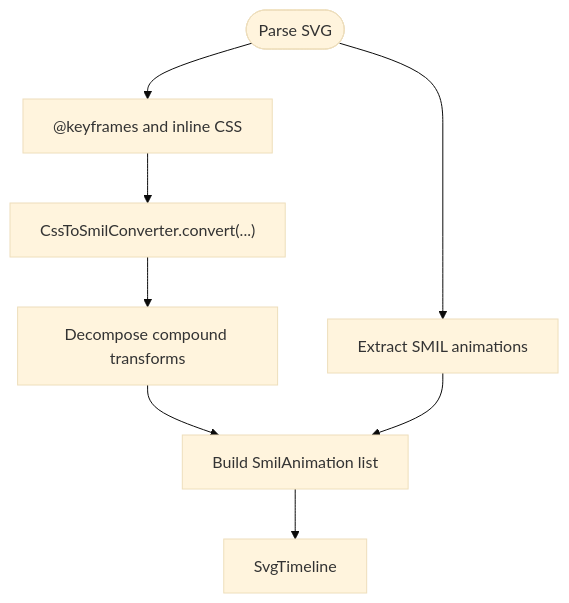
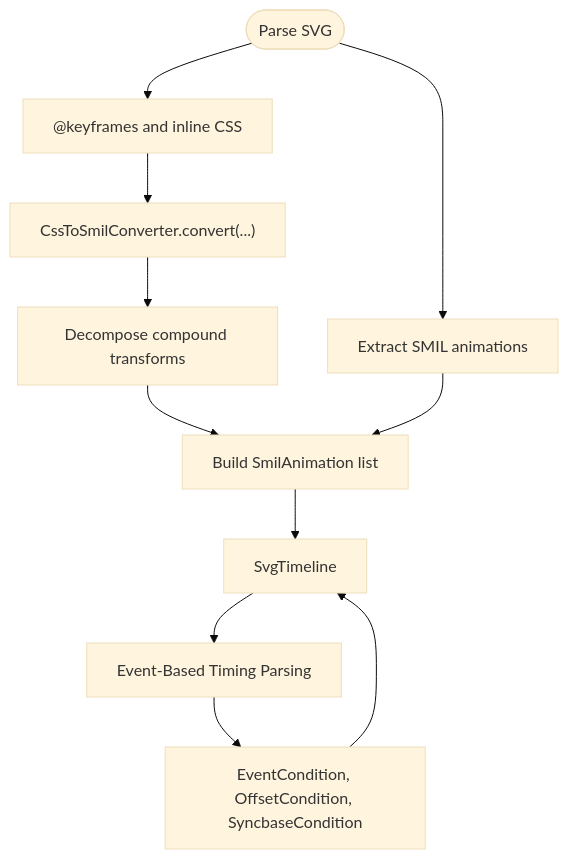
One commit to denisnadey/flutter_full_svg_support changed the third of 4 diagrams in .qoder/repowiki/en/content/API Reference/Animation APIs.md. Above: the diagram before and after it, drawn with Mermaid (base theme). The commit also changed other lines of this file and 2 other files, not shown here.

First line of the commit message:
feat(animation): enhance event-driven animation detection and controller lifecycle

````diff
--- a/.qoder/repowiki/en/content/API Reference/Animation APIs.md
+++ b/.qoder/repowiki/en/content/API Reference/Animation APIs.md
@@ -277,10 +318,13 @@
 ```mermaid
 flowchart TD
 Start(["Parse SVG"]) --> ExtractSMIL["Extract SMIL animations"]
 Start --> ExtractCSS["@keyframes and inline CSS"]
 ExtractCSS --> Convert["CssToSmilConverter.convert(...)"]
 Convert --> Decompose["Decompose compound transforms"]
 Decompose --> BuildSMIL["Build SmilAnimation list"]
 ExtractSMIL --> BuildSMIL
 BuildSMIL --> Timeline["SvgTimeline"]
+Timeline --> EventParsing["Event-Based Timing Parsing"]
+EventParsing --> EventConditions["EventCondition, OffsetCondition, SyncbaseCondition"]
+EventConditions --> Timeline
 ```
````
